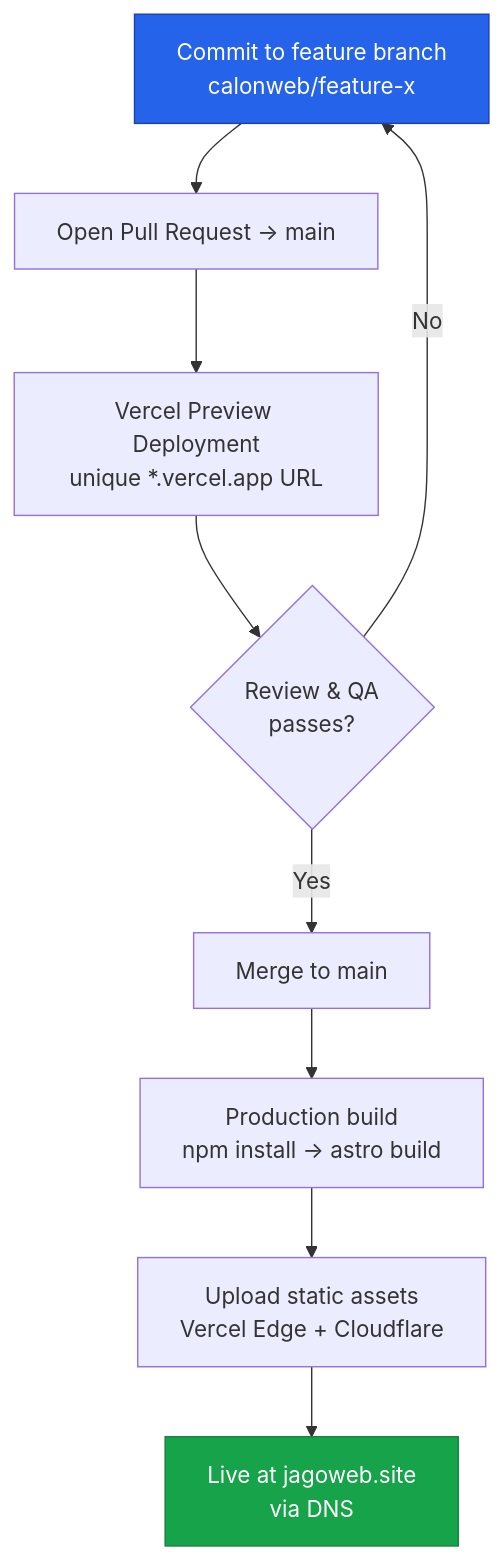
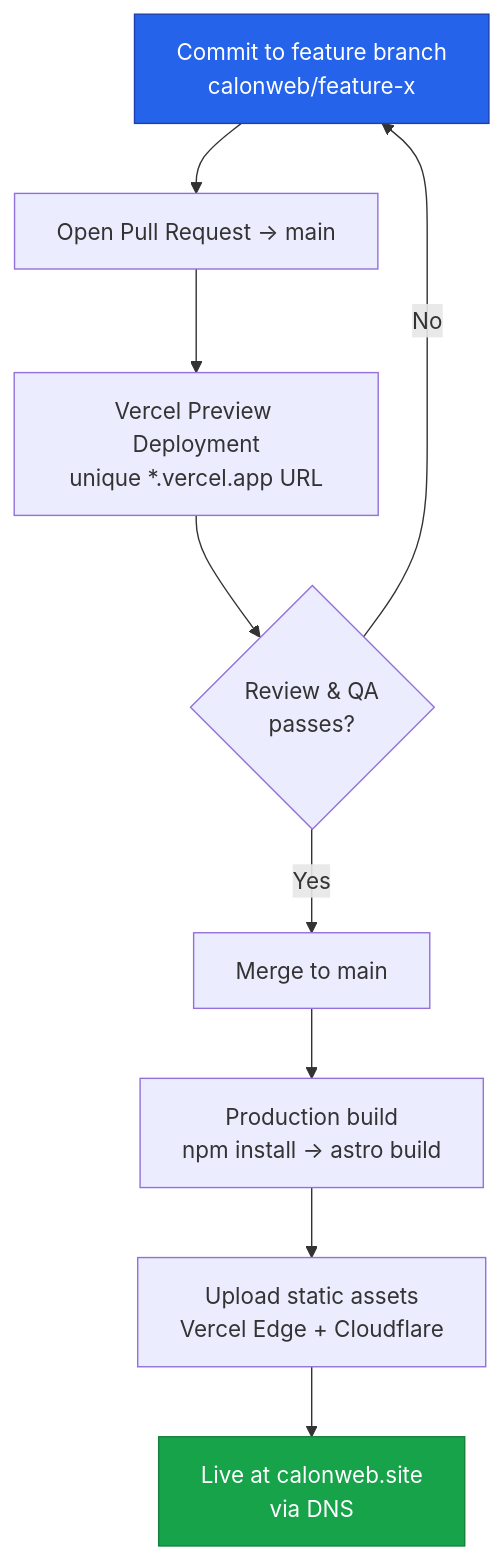
Before and after one commit to suryaajis/carisite: the second of 8 diagrams in SYSTEM-DESIGN.md, drawn with Mermaid. The commit also changed other lines of this file and 1 other file, not shown here.

Commit message:
docs: rename brand references from jagoweb to calonweb

````diff
--- a/SYSTEM-DESIGN.md
+++ b/SYSTEM-DESIGN.md
@@ -37,16 +37,16 @@
 ```mermaid
 flowchart TD
     A["Commit to feature branch<br/>calonweb/feature-x"] --> B["Open Pull Request → main"]
     B --> C["Vercel Preview Deployment<br/>unique *.vercel.app URL"]
     C --> D{"Review & QA<br/>passes?"}
     D -->|No| A
     D -->|Yes| E["Merge to main"]
     E --> F["Production build<br/>npm install → astro build"]
     F --> G["Upload static assets<br/>Vercel Edge + Cloudflare"]
-    G --> H["Live at jagoweb.site<br/>via DNS"]
+    G --> H["Live at calonweb.site<br/>via DNS"]
 
     classDef start fill:#2563EB,stroke:#1e40af,color:#fff
     classDef live fill:#16a34a,stroke:#15803d,color:#fff
     class A start
     class H live
 ```
````
